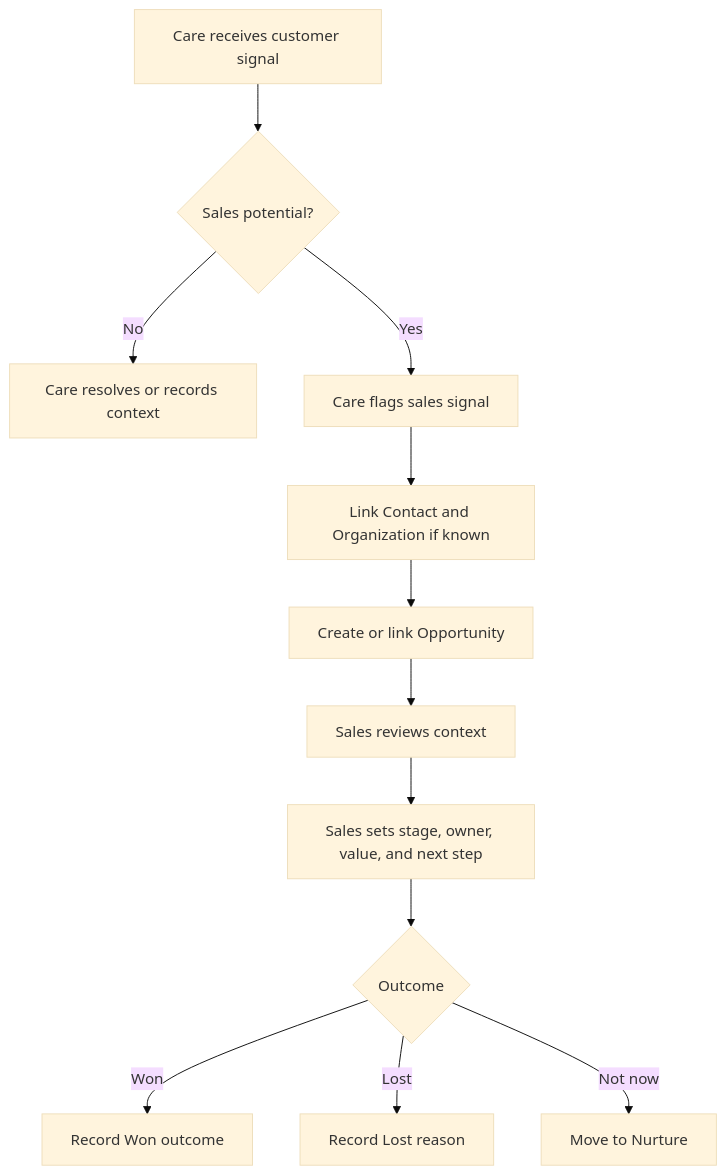
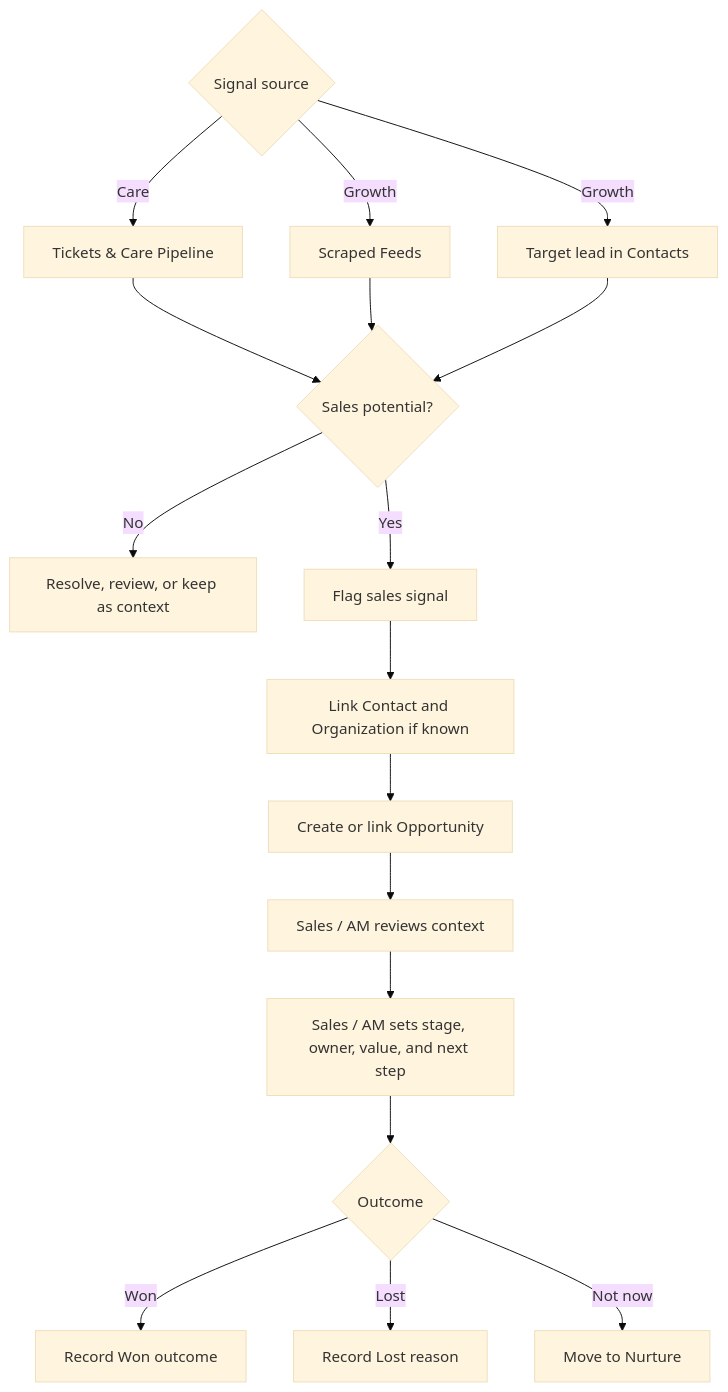
Before and after one commit to firman19/edu-airtable: the second of 3 diagrams in care-sales-base.md, drawn with Mermaid (base theme). The commit also changed other lines of this file, not shown here.

Commit message:
feat: update diagram

````diff
--- a/care-sales-base.md
+++ b/care-sales-base.md
@@ -309,17 +337,24 @@
 ```mermaid
 flowchart TD
-    A[Care receives customer signal] --> B{Sales potential?}
+    A{Signal source}
+    A -->|Care| B[Tickets & Care Pipeline]
+    A -->|Growth| C[Scraped Feeds]
+    A -->|Growth| D[Target lead in Contacts]
 
-    B -->|No| C[Care resolves or records context]
-    B -->|Yes| D[Care flags sales signal]
+    B --> E{Sales potential?}
+    C --> E
+    D --> E
 
-    D --> E[Link Contact and Organization if known]
-    E --> F[Create or link Opportunity]
-    F --> G[Sales reviews context]
-    G --> H[Sales sets stage, owner, value, and next step]
-    H --> I{Outcome}
+    E -->|No| F[Resolve, review, or keep as context]
+    E -->|Yes| G[Flag sales signal]
 
-    I -->|Won| J[Record Won outcome]
-    I -->|Lost| K[Record Lost reason]
-    I -->|Not now| L[Move to Nurture]
+    G --> H[Link Contact and Organization if known]
+    H --> I[Create or link Opportunity]
+    I --> J[Sales / AM reviews context]
+    J --> K[Sales / AM sets stage, owner, value, and next step]
+    K --> L{Outcome}
+
+    L -->|Won| M[Record Won outcome]
+    L -->|Lost| N[Record Lost reason]
+    L -->|Not now| O[Move to Nurture]
 ```
````
